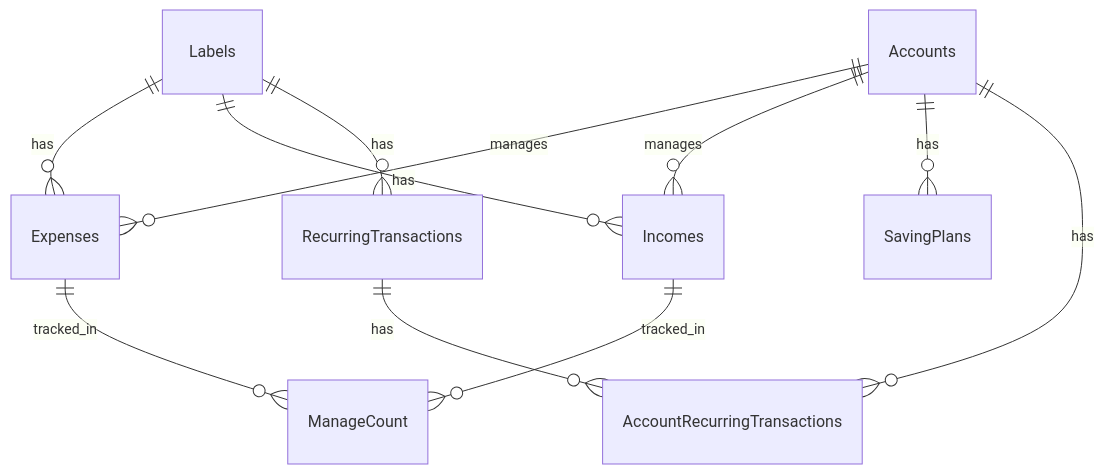
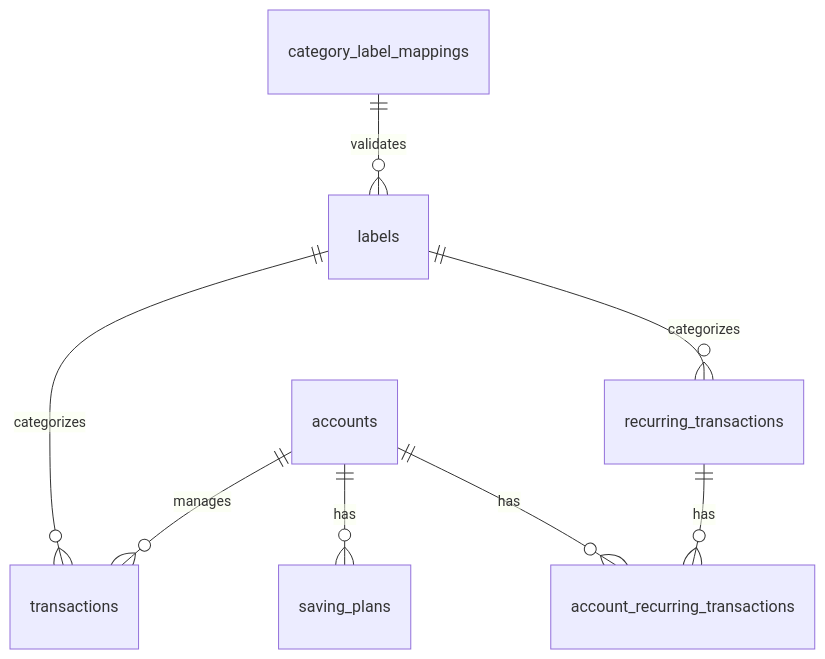
One commit to saraobialero/PostgreSQL-SpringBoot-React_ManageMoneyApp changed the diagram in PostgreDB/README.md. Above: the diagram before and after it, drawn with Mermaid. The commit also changed other lines of this file and 3 other files, not shown here.

Commit message:
UPDATED: Schema.sql and data.sql

````diff
--- a/PostgreDB/README.md
+++ b/PostgreDB/README.md
@@ -7,13 +7,10 @@
 ```mermaid
 erDiagram
-    Labels ||--o{ Expenses : has
-    Labels ||--o{ Incomes : has
-    Labels ||--o{ RecurringTransactions : has
-    Accounts ||--o{ Expenses : manages
-    Accounts ||--o{ Incomes : manages
-    Accounts ||--o{ SavingPlans : has
-    Accounts ||--o{ AccountRecurringTransactions : has
-    RecurringTransactions ||--o{ AccountRecurringTransactions : has
-    Expenses ||--o{ ManageCount : tracked_in
-    Incomes ||--o{ ManageCount : tracked_in
+    category_label_mappings ||--o{ labels : validates
+    labels ||--o{ transactions : categorizes
+    labels ||--o{ recurring_transactions : categorizes
+    accounts ||--o{ transactions : manages
+    accounts ||--o{ saving_plans : has
+    accounts ||--o{ account_recurring_transactions : has
+    recurring_transactions ||--o{ account_recurring_transactions : has
 ```
````
